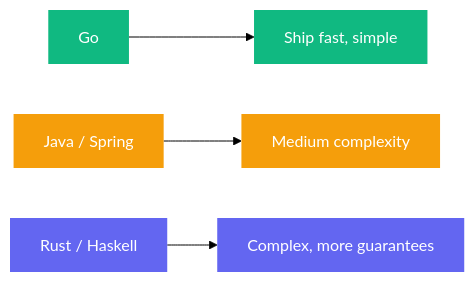
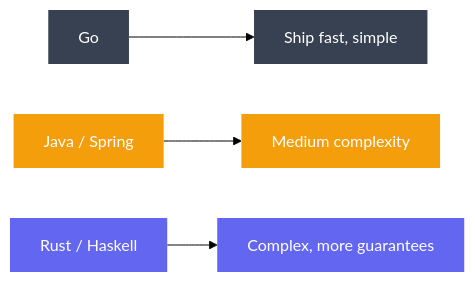
Before and after one commit to ashwingopalsamy/site: the second of 2 diagrams in content/writing/go-was-never-bad.md, drawn with Mermaid (forest theme). The commit also changed other lines of this file and 26 other files, not shown here.

```diff
--- a/content/writing/go-was-never-bad.md
+++ b/content/writing/go-was-never-bad.md
@@ -81,13 +81,13 @@
 {{< mermaid >}}
 graph LR
     A["Go"] --> B["Ship fast, simple"]
     C["Java / Spring"] --> D["Medium complexity"]
     E["Rust / Haskell"] --> F["Complex, more guarantees"]
 
-    style A fill:#10b981,color:#fff,stroke:none
-    style B fill:#10b981,color:#fff,stroke:none
+    style A fill:#374151,color:#fff,stroke:none
+    style B fill:#374151,color:#fff,stroke:none
     style C fill:#f59e0b,color:#fff,stroke:none
     style D fill:#f59e0b,color:#fff,stroke:none
     style E fill:#6366f1,color:#fff,stroke:none
     style F fill:#6366f1,color:#fff,stroke:none
 {{< /mermaid >}}
```
